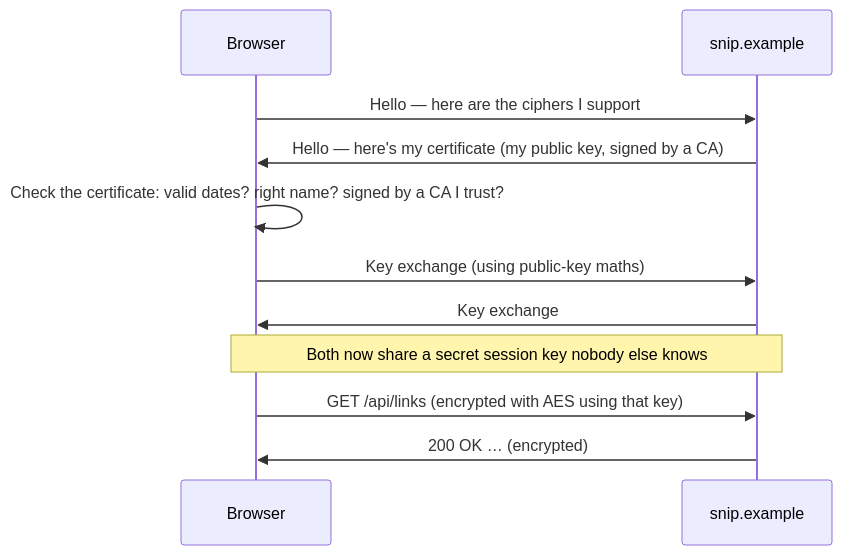
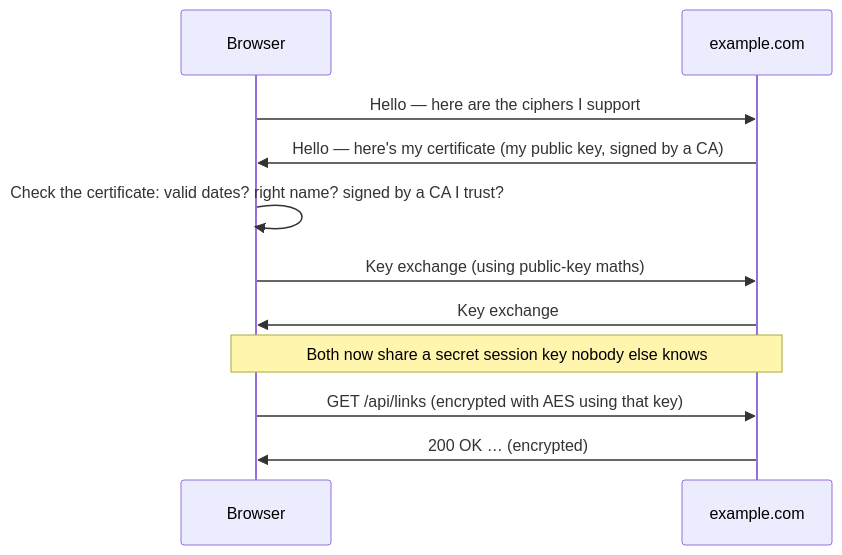
Before and after one commit to jawwadzafar/zero-to-prod: the diagram in docs/security/security-literacy.mdx, drawn with Mermaid. The commit also changed other lines of this file, not shown here.

Commit message:
docs: 7.1 security literacy teaches fast-hash-for-API-keys and secure randomness generically (openssl, Go rand.Text) before snip's keys.go; certificate lifetimes updated to the CA/B Forum 200/100/47-day schedule

````diff
--- a/docs/security/security-literacy.mdx
+++ b/docs/security/security-literacy.mdx
@@ -177,13 +172,13 @@
 ```mermaid
 sequenceDiagram
     participant B as Browser
-    participant S as snip.example
+    participant S as example.com
     B->>S: Hello — here are the ciphers I support
     S->>B: Hello — here's my certificate (my public key, signed by a CA)
     B->>B: Check the certificate: valid dates? right name? signed by a CA I trust?
     B->>S: Key exchange (using public-key maths)
     S->>B: Key exchange
     Note over B,S: Both now share a secret session key nobody else knows
     B->>S: GET /api/links  (encrypted with AES using that key)
     S->>B: 200 OK …        (encrypted)
 ```
````
